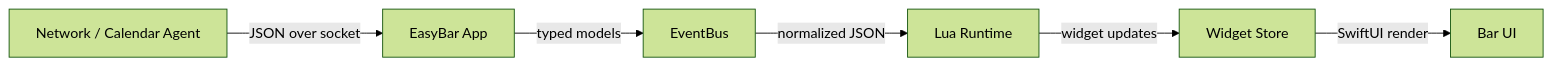
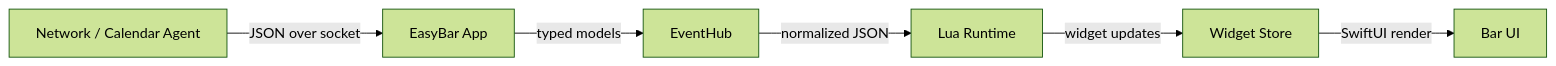
Before and after one commit to gi8lino/easybar: the diagram in docs/AGENTS.md, drawn with Mermaid (forest theme). The commit also changed other lines of this file and 3 other files, not shown here.

````diff
--- a/docs/AGENTS.md
+++ b/docs/AGENTS.md
@@ -195,8 +195,8 @@
 ```mermaid
 flowchart LR
     A[Network / Calendar Agent] -->|JSON over socket| B[EasyBar App]
-    B -->|typed models| C[EventBus]
+    B -->|typed models| C[EventHub]
     C -->|normalized JSON| D[Lua Runtime]
     D -->|widget updates| E[Widget Store]
     E -->|SwiftUI render| F[Bar UI]
 ```
````
